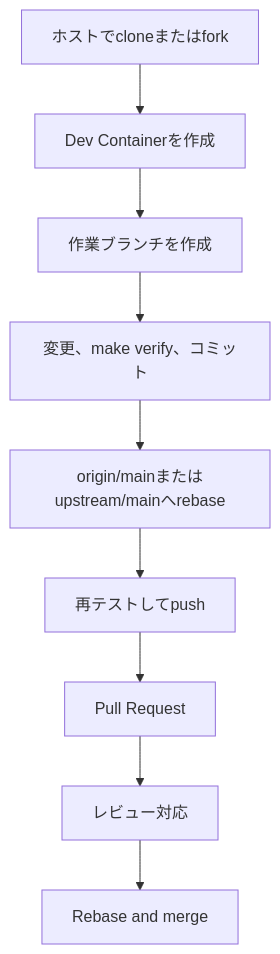
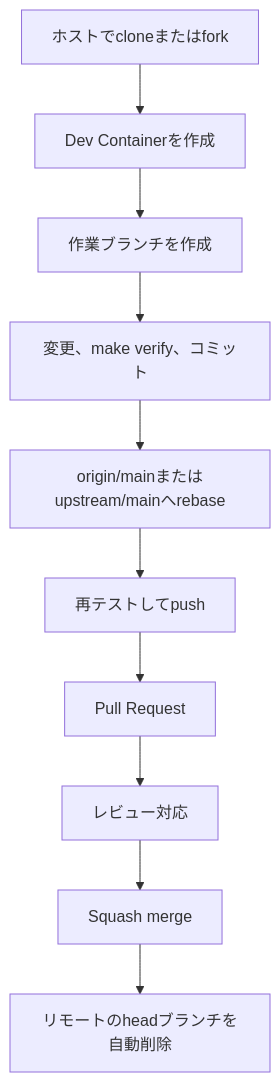
One commit to vnzzzz/batch-scope changed the diagram in CONTRIBUTING.md. Above: the diagram before and after it, drawn with Mermaid. The commit also changed other lines of this file and 1 other file, not shown here.

````diff
--- a/CONTRIBUTING.md
+++ b/CONTRIBUTING.md
@@ -11,11 +12,12 @@
 ```mermaid
 flowchart TD
     A[ホストでcloneまたはfork] --> B[Dev Containerを作成]
     B --> C[作業ブランチを作成]
     C --> D[変更、make verify、コミット]
     D --> E[origin/mainまたはupstream/mainへrebase]
     E --> F[再テストしてpush]
     F --> G[Pull Request]
     G --> H[レビュー対応]
-    H --> I[Rebase and merge]
+    H --> I[Squash merge]
+    I --> J[リモートのheadブランチを自動削除]
 ```
````
